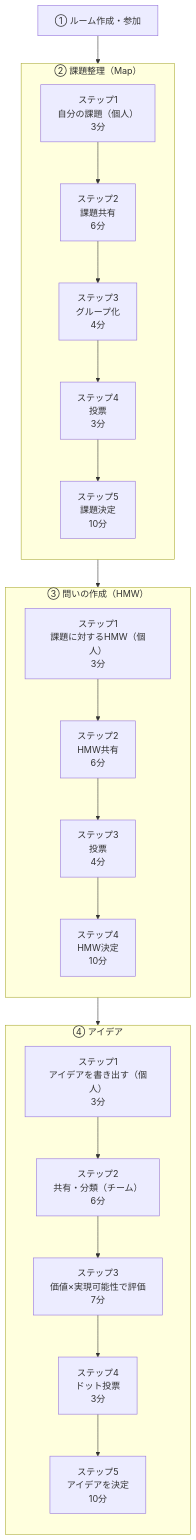
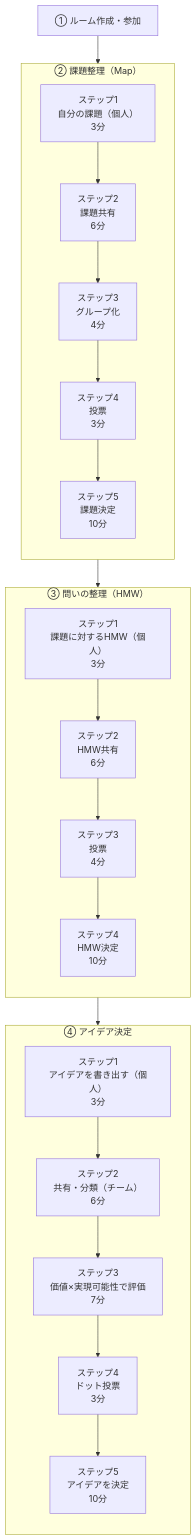
The diagram in docs/prd.md (engineer-first/idea-boost), drawn with Mermaid before and after one commit. The commit also changed other lines of this file and 5 other files, not shown here.

````diff
--- a/docs/prd.md
+++ b/docs/prd.md
@@ -154,43 +154,43 @@
 ```mermaid
 flowchart TD
 
 A[① ルーム作成・参加]
 
 A --> C
 
 subgraph C["② 課題整理（Map）"]
 direction TB
 C1[ステップ1<br>自分の課題（個人）<br>3分]
 C2[ステップ2<br>課題共有<br>6分]
 C3[ステップ3<br>グループ化<br>4分]
 C4[ステップ4<br>投票<br>3分]
 C5[ステップ5<br>課題決定<br>10分]
 
 C1 --> C2 --> C3 --> C4 --> C5
 end
 
 C --> D
 
-subgraph D["③ 問いの作成（HMW）"]
+subgraph D["③ 問いの整理（HMW）"]
 direction TB
 D1[ステップ1<br>課題に対するHMW（個人）<br>3分]
 D2[ステップ2<br>HMW共有<br>6分]
 D3[ステップ3<br>投票<br>4分]
 D4[ステップ4<br>HMW決定<br>10分]
 
 D1 --> D2 --> D3 --> D4
 end
 
 D --> E
 
-subgraph E["④ アイデア"]
+subgraph E["④ アイデア決定"]
 direction TB
 E1[ステップ1<br>アイデアを書き出す（個人）<br>3分]
 E2[ステップ2<br>共有・分類（チーム）<br>6分]
 E3[ステップ3<br>価値×実現可能性で評価<br>7分]
 E4[ステップ4<br>ドット投票<br>3分]
 E5[ステップ5<br>アイデアを決定<br>10分]
 
 E1 --> E2 --> E3 --> E4 --> E5
 end
 ```
````
